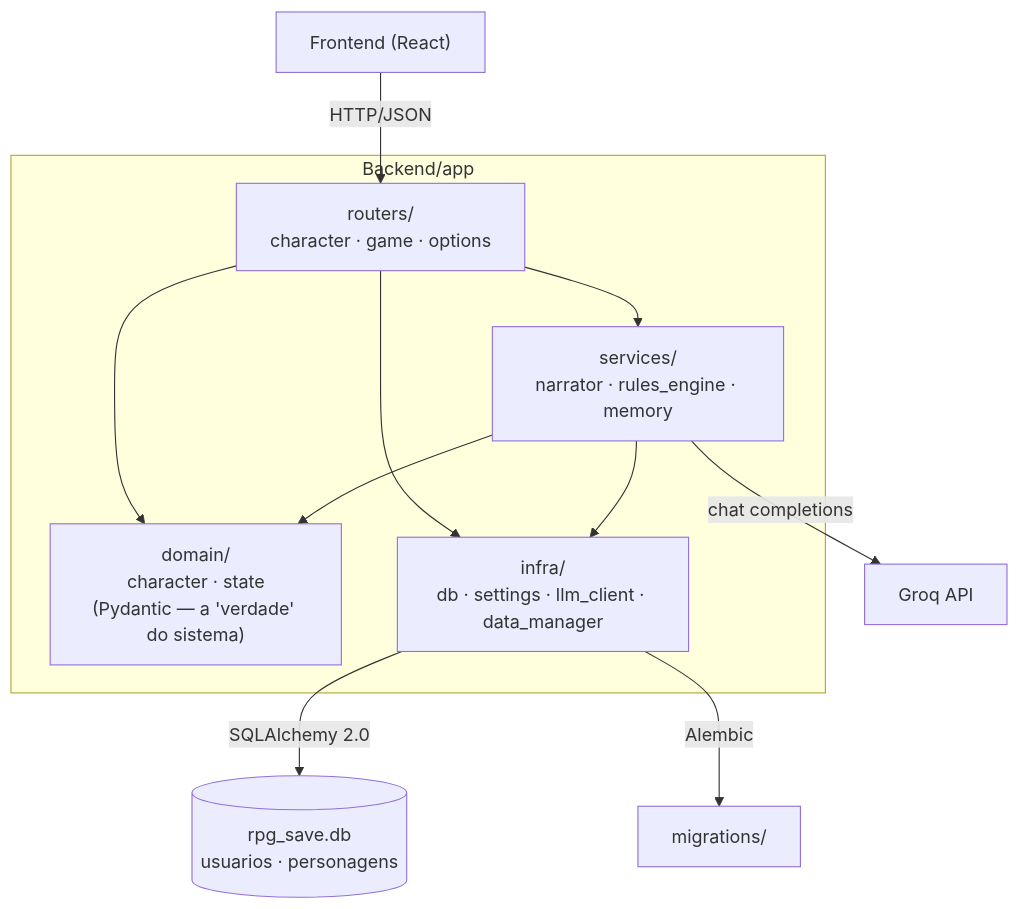
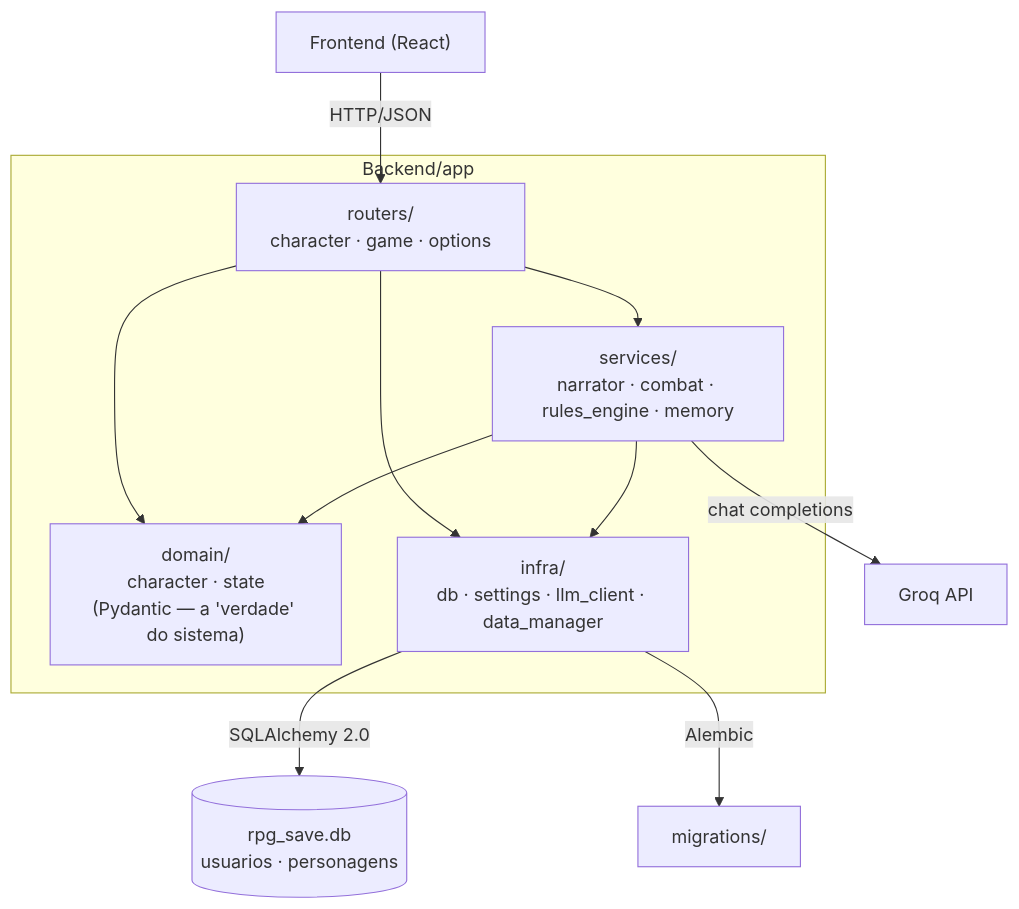
One commit to Bobeda12/Mestre.IA changed the diagram in README.md. Above: the diagram before and after it, drawn with Mermaid. The commit also changed other lines of this file and 14 other files, not shown here.

````diff
--- a/README.md
+++ b/README.md
@@ -66,21 +66,21 @@
 ```mermaid
 flowchart TB
     FE["Frontend (React)"] -->|HTTP/JSON| RT
 
     subgraph app["Backend/app"]
         RT["routers/<br/>character · game · options"]
-        SV["services/<br/>narrator · rules_engine · memory"]
+        SV["services/<br/>narrator · combat · rules_engine · memory"]
         DM["domain/<br/>character · state<br/>(Pydantic — a 'verdade' do sistema)"]
         IF["infra/<br/>db · settings · llm_client · data_manager"]
 
         RT --> SV
         RT --> DM
         RT --> IF
         SV --> DM
         SV --> IF
     end
 
     IF -->|SQLAlchemy 2.0| DB[("rpg_save.db<br/>usuarios · personagens")]
     IF -->|Alembic| MIG["migrations/"]
     SV -->|chat completions| GROQ["Groq API"]
 ```
````
